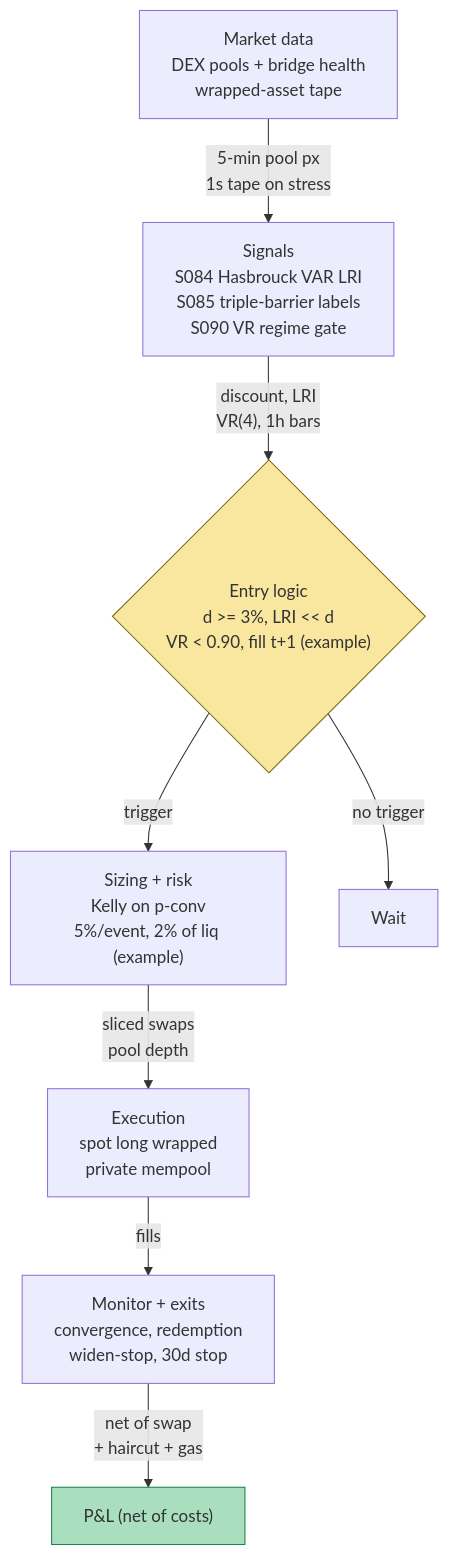
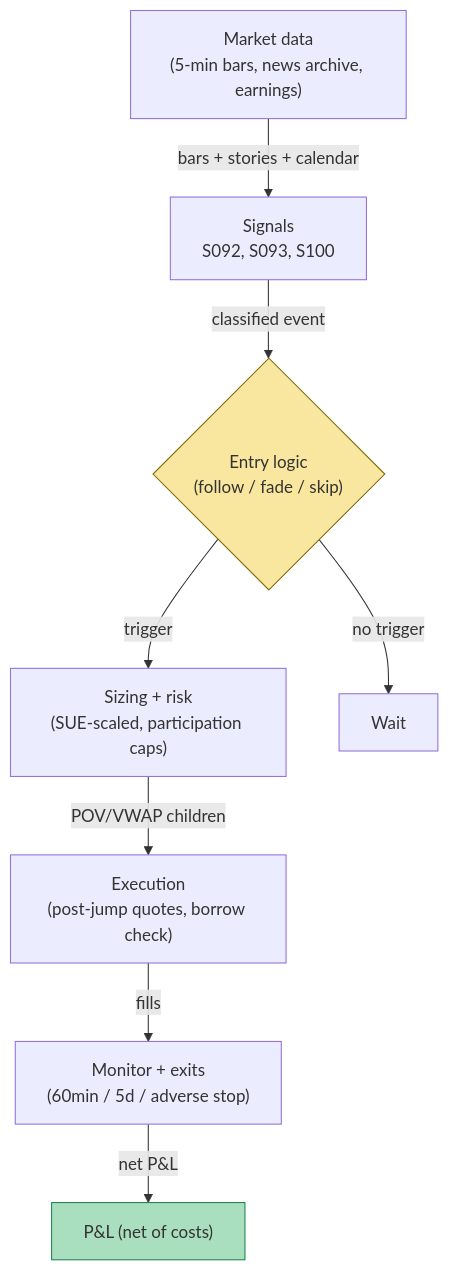
Before and after one commit to praveenguptahcl/quant-signals-deep: the diagram in batches/TB6/T060.md, drawn with Mermaid. The commit also changed other lines of this file and 67 other files, not shown here.

````diff
--- a/batches/TB6/T060.md
+++ b/batches/TB6/T060.md
@@ -140,12 +142,12 @@
 ```mermaid
 flowchart TD
-    DATA["Market data<br/>DEX pools + bridge health<br/>wrapped-asset tape"] -->|"5-min pool px<br/>1s tape on stress"| SIGS["Signals<br/>S084 Hasbrouck VAR LRI<br/>S085 triple-barrier labels<br/>S090 VR regime gate"]
-    SIGS -->|"discount, LRI<br/>VR(4), 1h bars"| ENTRY{"Entry logic<br/>d >= 3%, LRI << d<br/>VR < 0.90, fill t+1 (example)"}
-    ENTRY -->|trigger| SIZE["Sizing + risk<br/>Kelly on p-conv<br/>5%/event, 2% of liq (example)"]
+    DATA["Market data<br/>(5-min bars, news archive, earnings)"] -->|bars + stories + calendar| SIGS["Signals<br/>S092, S093, S100"]
+    SIGS -->|classified event| ENTRY{"Entry logic<br/>(follow / fade / skip)"}
+    ENTRY -->|trigger| SIZE["Sizing + risk<br/>(SUE-scaled, participation caps)"]
     ENTRY -->|no trigger| WAIT["Wait"]
-    SIZE -->|"sliced swaps<br/>pool depth"| EXEC["Execution<br/>spot long wrapped<br/>private mempool"]
-    EXEC -->|fills| MON["Monitor + exits<br/>convergence, redemption<br/>widen-stop, 30d stop"]
-    MON -->|"net of swap<br/>+ haircut + gas"| PNL["P&L (net of costs)"]
+    SIZE -->|POV/VWAP children| EXEC["Execution<br/>(post-jump quotes, borrow check)"]
+    EXEC -->|fills| MON["Monitor + exits<br/>(60min / 5d / adverse stop)"]
+    MON -->|net P&L| PNL["P&L (net of costs)"]
     style ENTRY fill:#f9e79f,stroke:#7d6608
     style PNL fill:#a9dfbf,stroke:#1e8449
 ```
````
